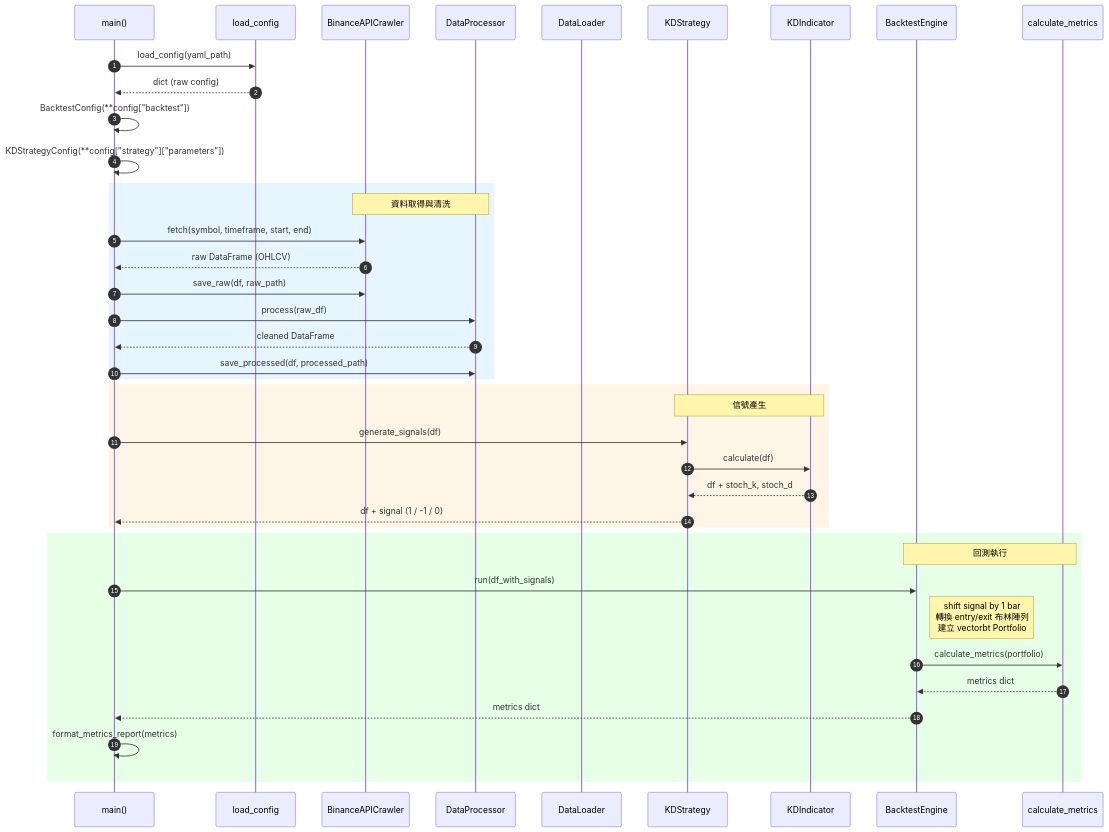
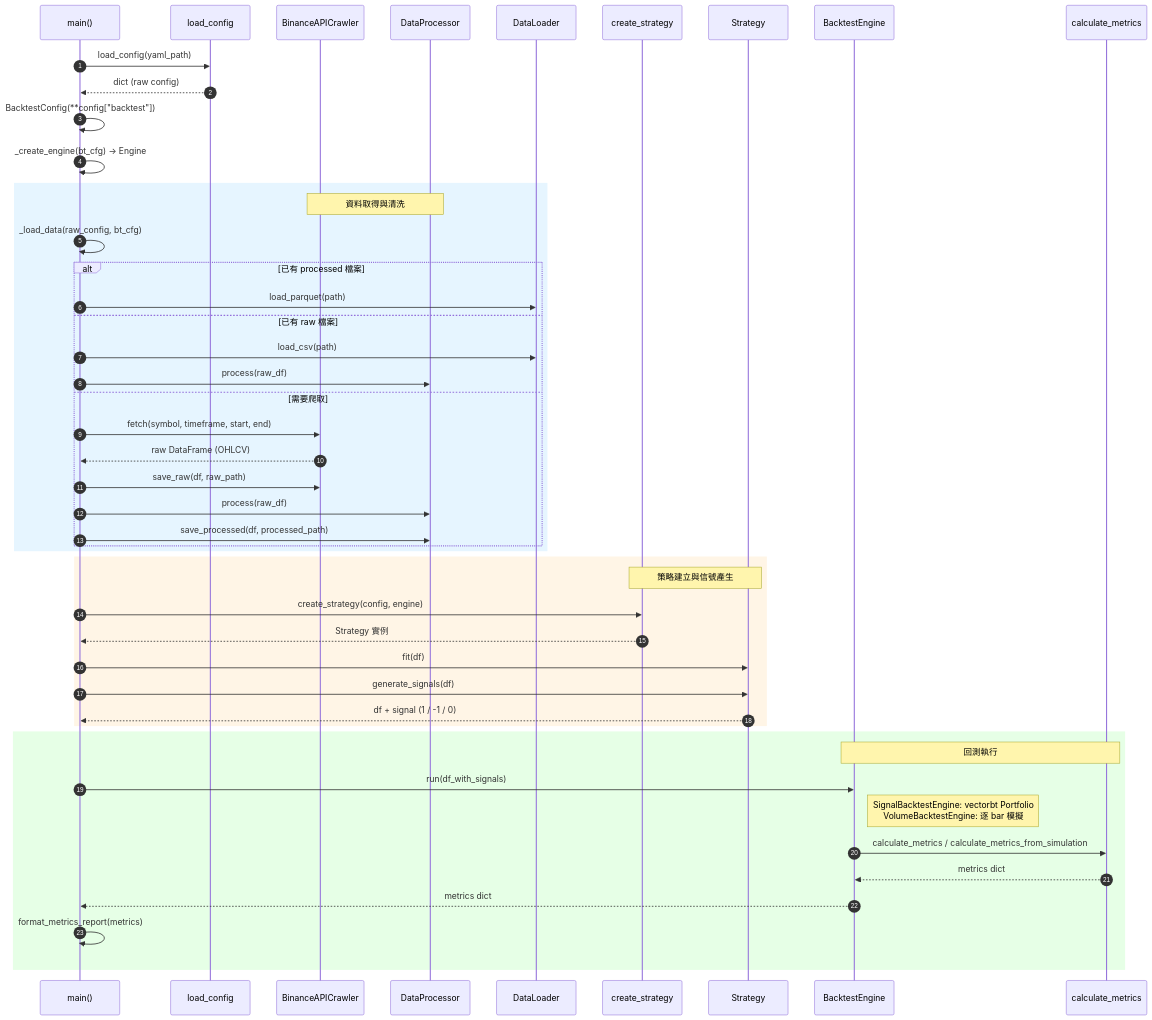
Before and after one commit to Kuan-Lun/tradingdev: the second of 4 diagrams in ARCHITECTURE.md, drawn with Mermaid. The commit also changed other lines of this file, not shown here.

First line of the commit message:
docs: 同步 ARCHITECTURE.md 至當前程式架構

````diff
--- a/ARCHITECTURE.md
+++ b/ARCHITECTURE.md
@@ -261,46 +338,54 @@
 ```mermaid
 sequenceDiagram
     autonumber
     participant Main as main()
     participant Cfg as load_config
     participant Crawler as BinanceAPICrawler
     participant Proc as DataProcessor
     participant Loader as DataLoader
-    participant Strat as KDStrategy
-    participant Ind as KDIndicator
+    participant Reg as create_strategy
+    participant Strat as Strategy
     participant Engine as BacktestEngine
     participant Metrics as calculate_metrics
 
     Main->>Cfg: load_config(yaml_path)
     Cfg-->>Main: dict (raw config)
     Main->>Main: BacktestConfig(**config["backtest"])
-    Main->>Main: KDStrategyConfig(**config["strategy"]["parameters"])
+    Main->>Main: _create_engine(bt_cfg) → Engine
 
     rect rgb(230, 245, 255)
         Note over Crawler,Proc: 資料取得與清洗
-        Main->>Crawler: fetch(symbol, timeframe, start, end)
-        Crawler-->>Main: raw DataFrame (OHLCV)
-        Main->>Crawler: save_raw(df, raw_path)
-        Main->>Proc: process(raw_df)
-        Proc-->>Main: cleaned DataFrame
-        Main->>Proc: save_processed(df, processed_path)
+        Main->>Main: _load_data(raw_config, bt_cfg)
+        alt 已有 processed 檔案
+            Main->>Loader: load_parquet(path)
+        else 已有 raw 檔案
+            Main->>Loader: load_csv(path)
+            Main->>Proc: process(raw_df)
+        else 需要爬取
+            Main->>Crawler: fetch(symbol, timeframe, start, end)
+            Crawler-->>Main: raw DataFrame (OHLCV)
+            Main->>Crawler: save_raw(df, raw_path)
+            Main->>Proc: process(raw_df)
+            Main->>Proc: save_processed(df, processed_path)
+        end
     end
 
     rect rgb(255, 245, 230)
-        Note over Strat,Ind: 信號產生
+        Note over Reg,Strat: 策略建立與信號產生
+        Main->>Reg: create_strategy(config, engine)
+        Reg-->>Main: Strategy 實例
+        Main->>Strat: fit(df)
         Main->>Strat: generate_signals(df)
-        Strat->>Ind: calculate(df)
-        Ind-->>Strat: df + stoch_k, stoch_d
         Strat-->>Main: df + signal (1 / -1 / 0)
     end
 
     rect rgb(230, 255, 230)
         Note over Engine,Metrics: 回測執行
         Main->>Engine: run(df_with_signals)
-        Note right of Engine: shift signal by 1 bar<br/>轉換 entry/exit 布林陣列<br/>建立 vectorbt Portfolio
-        Engine->>Metrics: calculate_metrics(portfolio)
+        Note right of Engine: SignalBacktestEngine: vectorbt Portfolio<br/>VolumeBacktestEngine: 逐 bar 模擬
+        Engine->>Metrics: calculate_metrics / calculate_metrics_from_simulation
         Metrics-->>Engine: metrics dict
         Engine-->>Main: metrics dict
         Main->>Main: format_metrics_report(metrics)
     end
 ```
````
